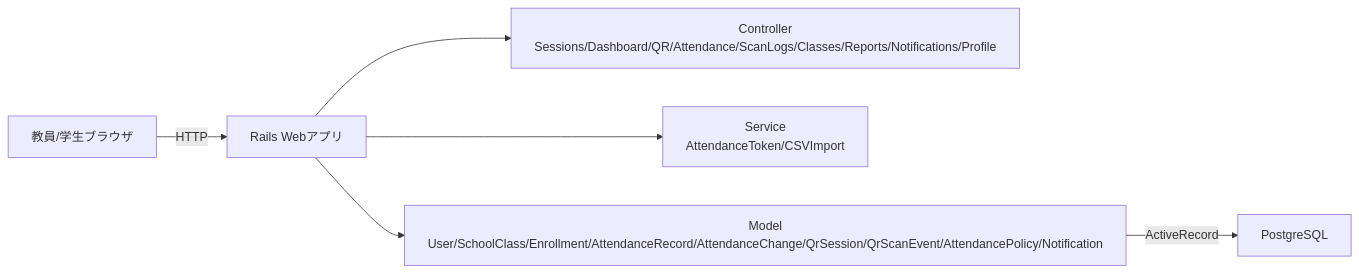
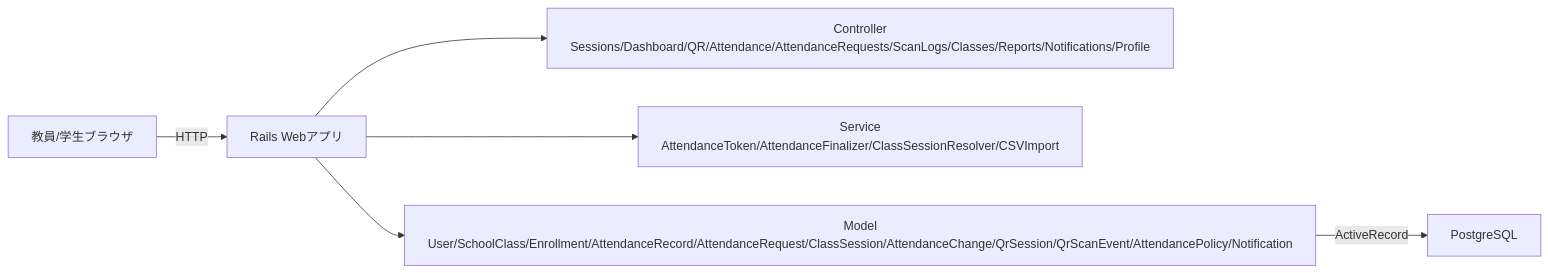
The third of 7 diagrams in 仕様書.md (syusyusyusyu/Attendance), drawn with Mermaid before and after one commit. The commit also changed other lines of this file and 47 other files, not shown here.

First line of the commit message:
feat: Implement attendance request system with class sessions

````diff
--- a/仕様書.md
+++ b/仕様書.md
@@ -149,8 +159,8 @@
 ```mermaid
 flowchart LR
   U[教員/学生ブラウザ] -->|HTTP| W[Rails Webアプリ]
-  W --> C[Controller<br/>Sessions/Dashboard/QR/Attendance/ScanLogs/Classes/Reports/Notifications/Profile]
-  W --> S[Service<br/>AttendanceToken/CSVImport]
-  W --> M[Model<br/>User/SchoolClass/Enrollment/AttendanceRecord/AttendanceChange/QrSession/QrScanEvent/AttendancePolicy/Notification]
+  W --> C[Controller<br/>Sessions/Dashboard/QR/Attendance/AttendanceRequests/ScanLogs/Classes/Reports/Notifications/Profile]
+  W --> S[Service<br/>AttendanceToken/AttendanceFinalizer/ClassSessionResolver/CSVImport]
+  W --> M[Model<br/>User/SchoolClass/Enrollment/AttendanceRecord/AttendanceRequest/ClassSession/AttendanceChange/QrSession/QrScanEvent/AttendancePolicy/Notification]
   M -->|ActiveRecord| DB[PostgreSQL]
 ```
````
